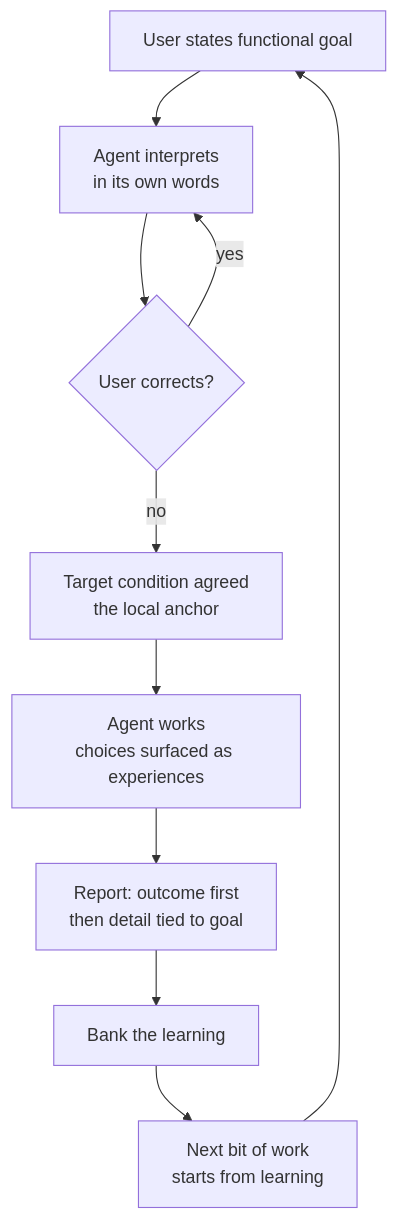
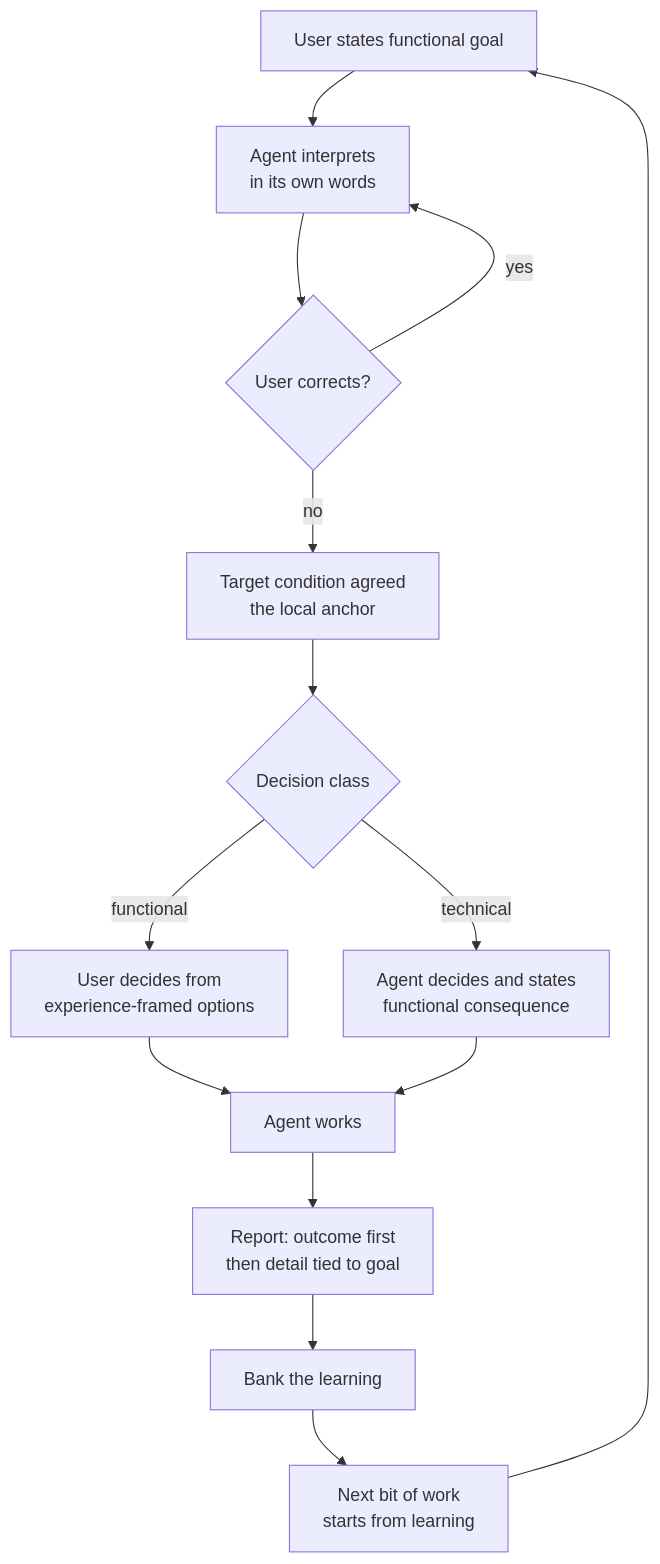
Before and after one commit to mdz-axo/zed-kask: the diagram in kask/docs/architecture/functional-interaction-spec.md, drawn with Mermaid. The commit also changed other lines of this file and 13 other files, not shown here.

````diff
--- a/kask/docs/architecture/functional-interaction-spec.md
+++ b/kask/docs/architecture/functional-interaction-spec.md
@@ -160,12 +162,16 @@
 ```mermaid
 flowchart TD
     U[User states functional goal] --> A[Agent interprets<br/>in its own words]
     A --> C{User corrects?}
     C -- yes --> A
     C -- no --> T[Target condition agreed<br/>the local anchor]
-    T --> W[Agent works<br/>choices surfaced as experiences]
+    T --> D{Decision class}
+    D -->|functional| U2[User decides from<br/>experience-framed options]
+    D -->|technical| A2[Agent decides and states<br/>functional consequence]
+    U2 --> W[Agent works]
+    A2 --> W
     W --> R[Report: outcome first<br/>then detail tied to goal]
     R --> L[Bank the learning]
     L --> N[Next bit of work<br/>starts from learning]
     N --> U
 ```
````
